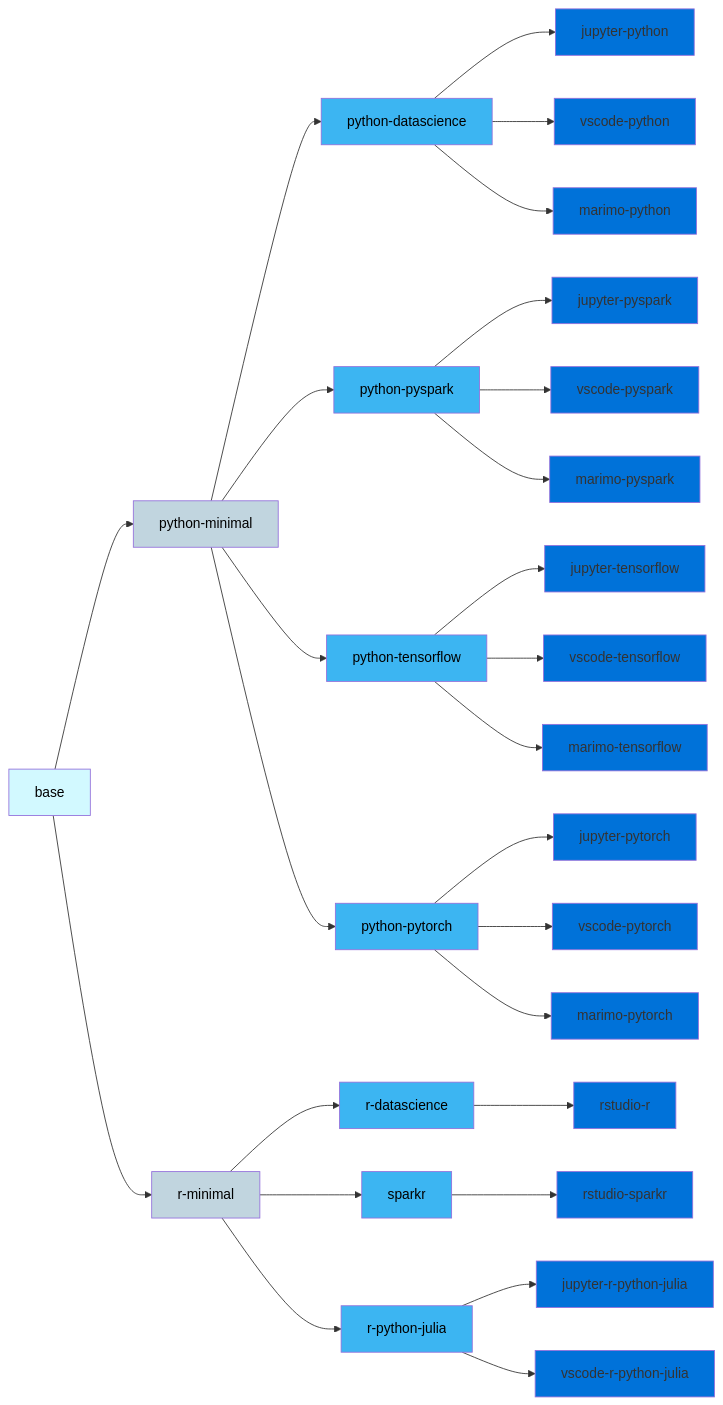
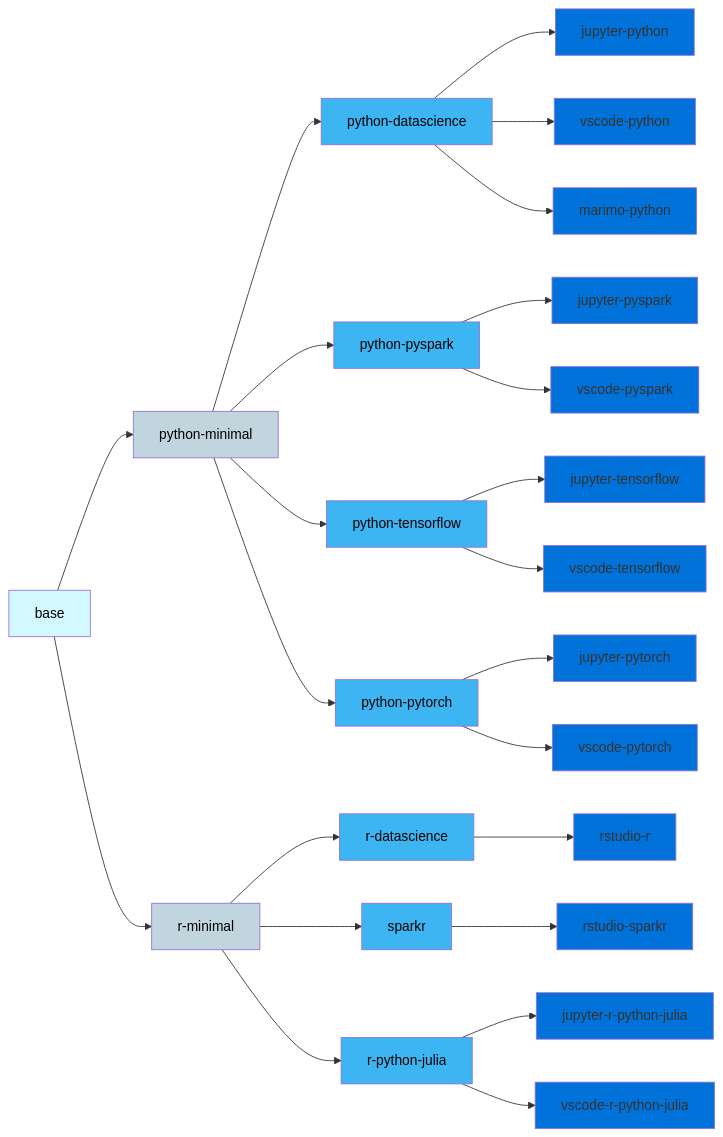
Before and after one commit to InseeFrLab/images-datascience: the diagram in README.md, drawn with Mermaid. The commit also changed 1 other file, not shown here.

Commit message:
keep only marimo-python

````diff
--- a/README.md
+++ b/README.md
@@ -15,32 +15,29 @@
 ```mermaid
   graph LR;
       B[base]:::base-->PM[python-minimal]:::minimal;
       B-->RM[r-minimal]:::minimal;
       PM-->PYDS[python-datascience]:::package;
       PM-->PYSPARK[python-pyspark]:::package;
       PM-->PYTENSORFLOW[python-tensorflow]:::package;
       PM-->PYTORCH[python-pytorch]:::package;
       RM-->RDS[r-datascience]:::package;
       RM-->RSPARK[sparkr]:::package;
       RM-->RPYJU[r-python-julia]:::package;
       PYSPARK--> JPYSPARK[jupyter-pyspark]:::ide;
       PYDS--> JPYDS[jupyter-python]:::ide;
       PYTENSORFLOW--> JPYTENSORFLOW[jupyter-tensorflow]:::ide;
       PYTORCH--> JPYTORCH[jupyter-pytorch]:::ide;
       PYSPARK--> VSCODEPYSPARK[vscode-pyspark]:::ide;
       PYDS--> VSCODEPYDS[vscode-python]:::ide;
       PYTENSORFLOW--> VSCODEPYTENSORFLOW[vscode-tensorflow]:::ide;
       PYTORCH--> VSCODEPYTORCH[vscode-pytorch]:::ide;
       PYDS--> MARIMOPYDS[marimo-python]:::ide;
-      PYSPARK--> MARIMOPYSPARK[marimo-pyspark]:::ide;
-      PYTORCH--> MARIMOPYTORCH[marimo-pytorch]:::ide;
-      PYTENSORFLOW--> MARIMOPYTENSORFLOW[marimo-tensorflow]:::ide;
       RSPARK -->RSTUDIOSPARKR[rstudio-sparkr]:::ide;
       RDS--> RSTUDIORDS[rstudio-r]:::ide;
       RPYJU--> JRPYJU[jupyter-r-python-julia]:::ide;
       RPYJU--> VSCODERPYJU[vscode-r-python-julia]:::ide;
       classDef base fill:#d2f9ff,color:#000  ;
       classDef minimal fill:#C1D5DF,color:#000;
       classDef package fill:#3cb5f2 ,color:#000  ;
       classDef ide fill:#0072d9  ;
 ```
````
